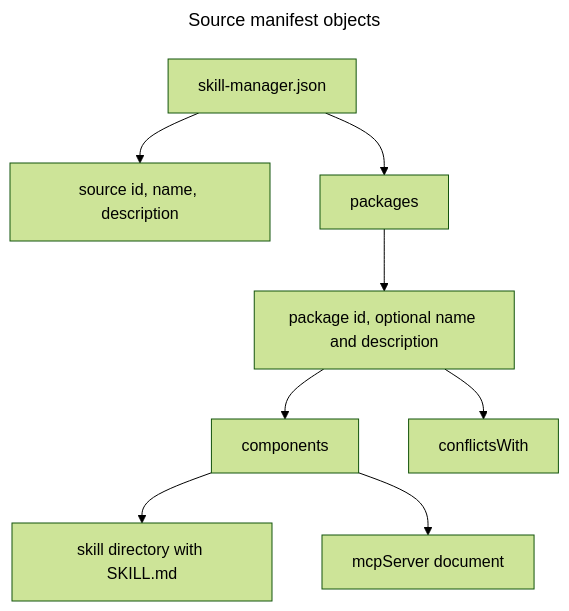
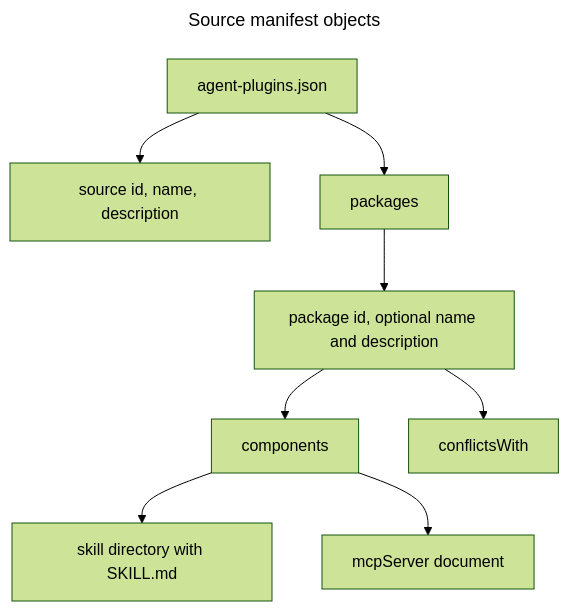
Before and after one commit to jacobragsdale/agent-plugins: the diagram in docs/diagrams/source-manifest.mmd, drawn with Mermaid (forest theme). The commit also changed 65 other files, not shown here.

First line of the commit message:
Rename skill-manager to agent-plugins throughout

```diff
--- a/docs/diagrams/source-manifest.mmd
+++ b/docs/diagrams/source-manifest.mmd
@@ -1,14 +1,14 @@
 ---
 title: Source manifest objects
 ---
 flowchart TB
   accTitle: Source manifest objects
   accDescr: A source manifest names the publisher, then lists packages. Each package contains skill and MCP server components and optional explicit conflicts.
 
-  Manifest["skill-manager.json"] --> Source["source id, name, description"]
+  Manifest["agent-plugins.json"] --> Source["source id, name, description"]
   Manifest --> Packages[packages]
   Packages --> Package["package id, optional name and description"]
   Package --> Components[components]
   Package --> Conflicts[conflictsWith]
   Components --> Skill["skill directory with SKILL.md"]
   Components --> Mcp[mcpServer document]
```
